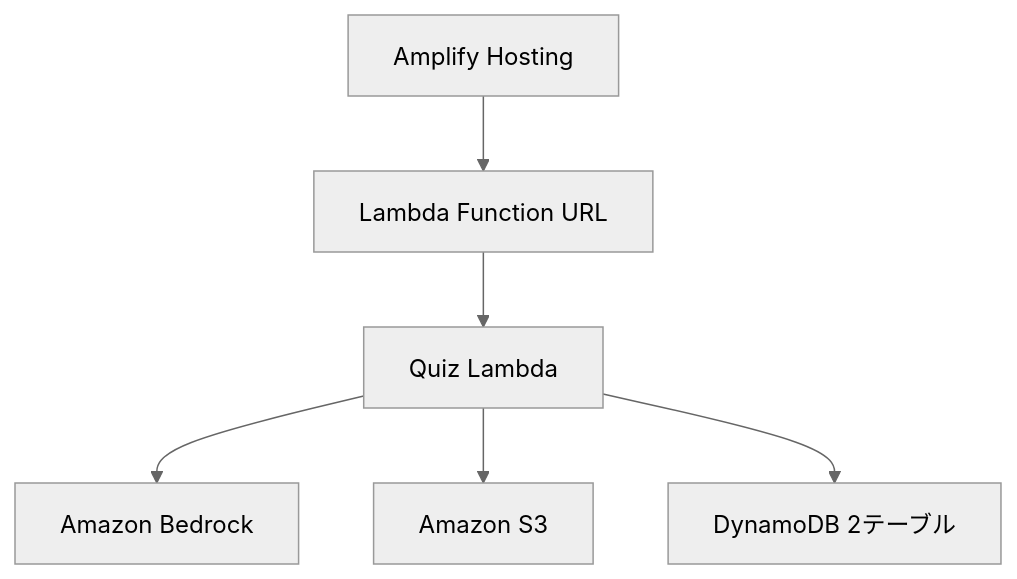
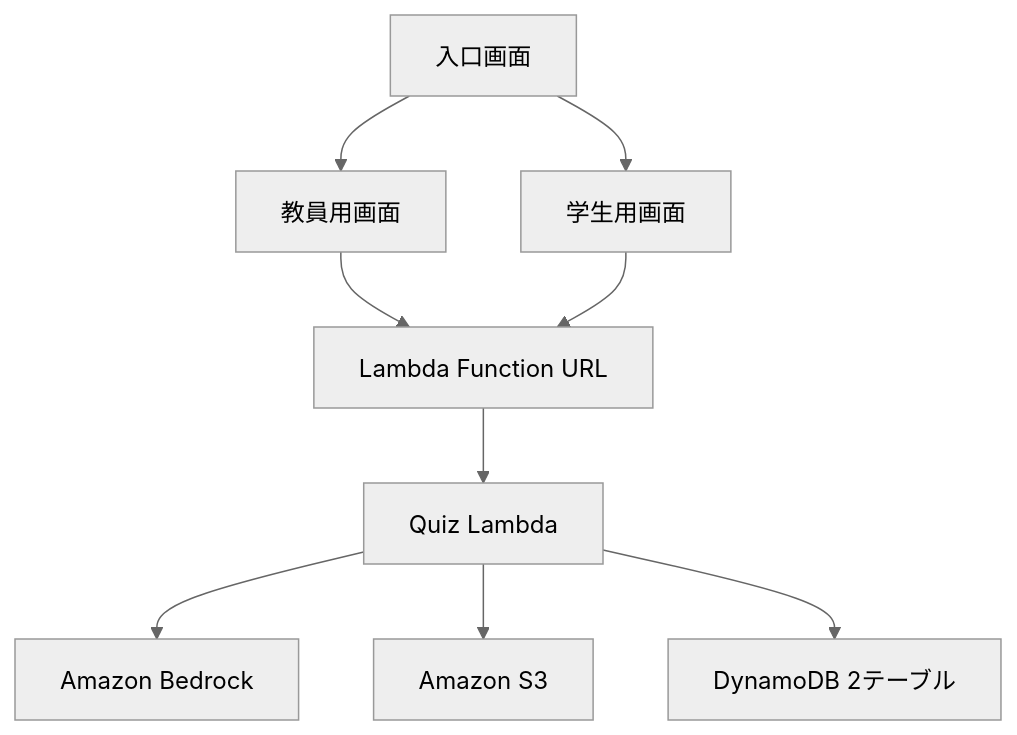
One commit to Ryota-Koda/Lecture-feedback changed the diagram in docs/ARCHITECTURE.md. Above: the diagram before and after it, drawn with Mermaid (neutral theme). The commit also changed other lines of this file and 15 other files, not shown here.

Commit message:
separate teacher and student quiz screens

````diff
--- a/docs/ARCHITECTURE.md
+++ b/docs/ARCHITECTURE.md
@@ -20,8 +20,11 @@
 ```mermaid
 flowchart TD
-    UI["Amplify Hosting"] --> URL["Lambda Function URL"]
+    HOME["入口画面"] --> TEACHER["教員用画面"]
+    HOME --> STUDENT["学生用画面"]
+    TEACHER --> URL["Lambda Function URL"]
+    STUDENT --> URL
     URL --> FN["Quiz Lambda"]
     FN --> BR["Amazon Bedrock"]
     FN --> S3["Amazon S3"]
     FN --> DB["DynamoDB 2テーブル"]
 ```
````
